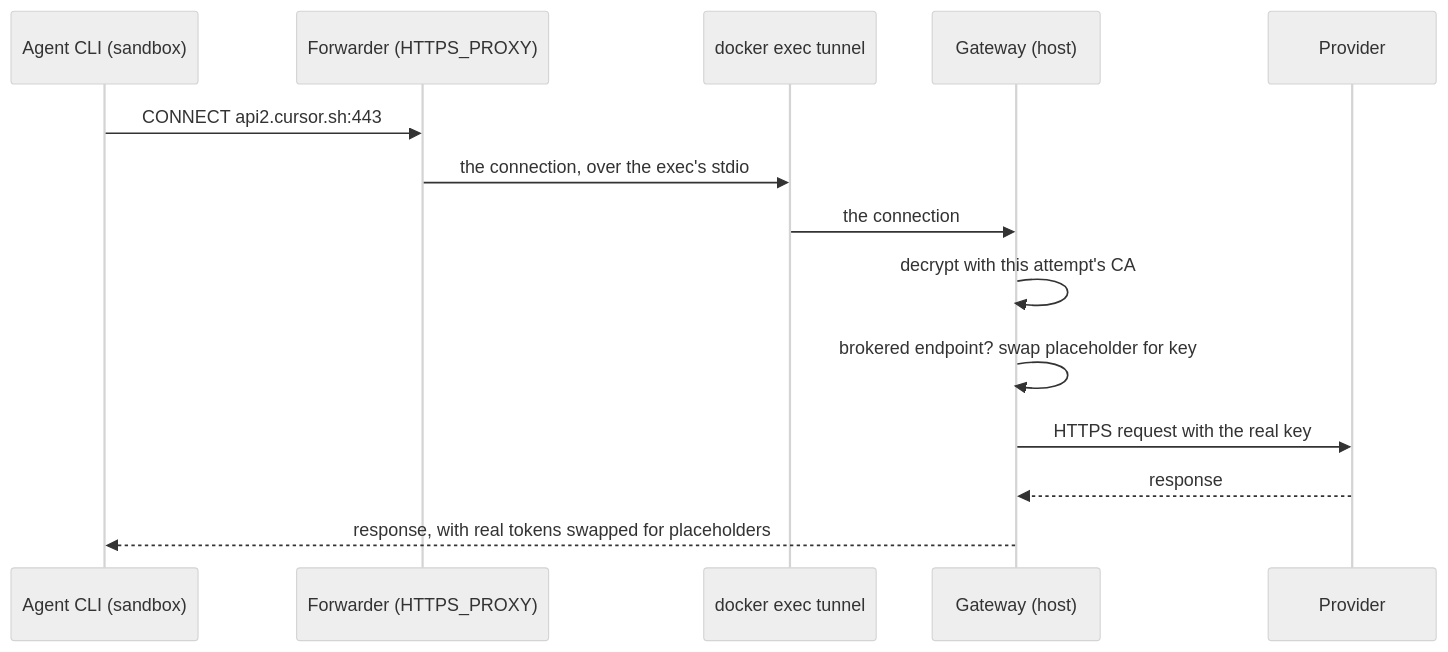
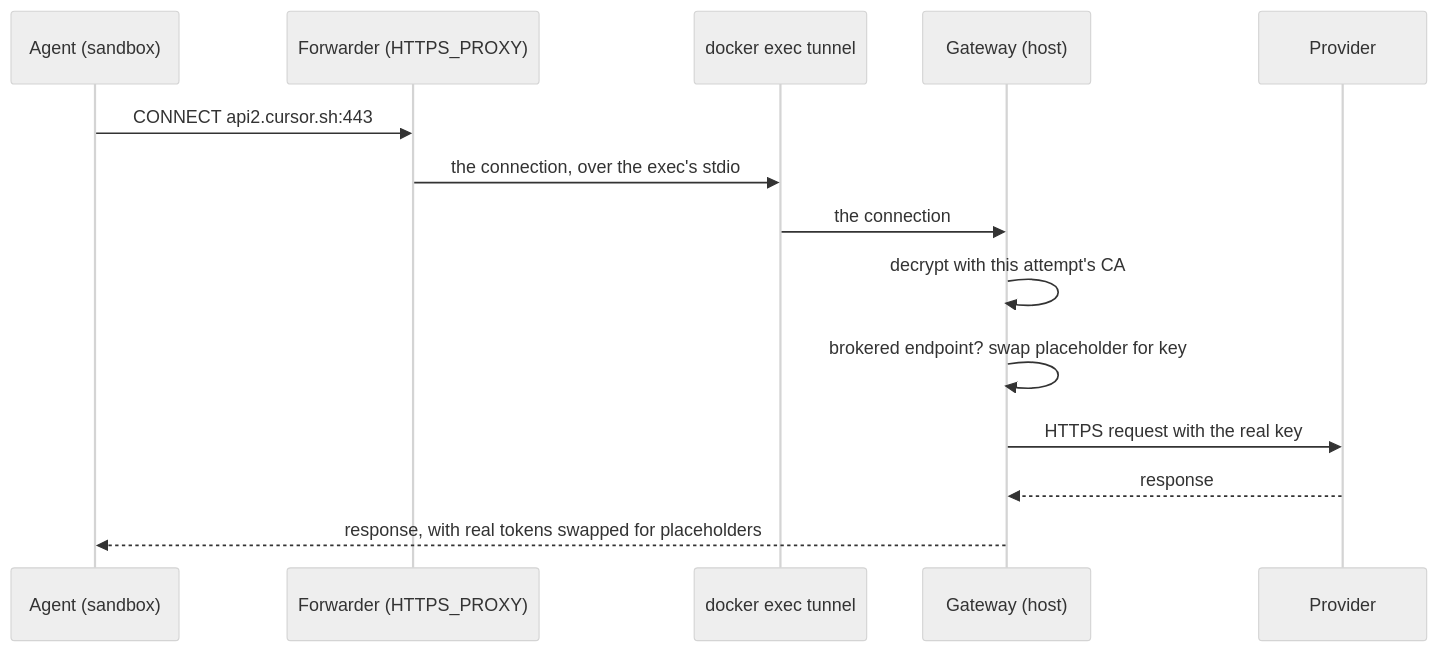
Before and after one commit to invertase/reeval: the diagram in docs/concepts/credential-brokering.mdx, drawn with Mermaid (neutral theme). The commit also changed other lines of this file and 8 other files, not shown here.

````diff
--- a/docs/concepts/credential-brokering.mdx
+++ b/docs/concepts/credential-brokering.mdx
@@ -8,16 +8,16 @@
 ```mermaid
 sequenceDiagram
-  participant A as Agent CLI (sandbox)
+  participant A as Agent (sandbox)
   participant F as Forwarder (HTTPS_PROXY)
   participant T as docker exec tunnel
   participant G as Gateway (host)
   participant P as Provider
   A->>F: CONNECT api2.cursor.sh:443
   F->>T: the connection, over the exec's stdio
   T->>G: the connection
   G->>G: decrypt with this attempt's CA
   G->>G: brokered endpoint? swap placeholder for key
   G->>P: HTTPS request with the real key
   P-->>G: response
   G-->>A: response, with real tokens swapped for placeholders
 ```
````
